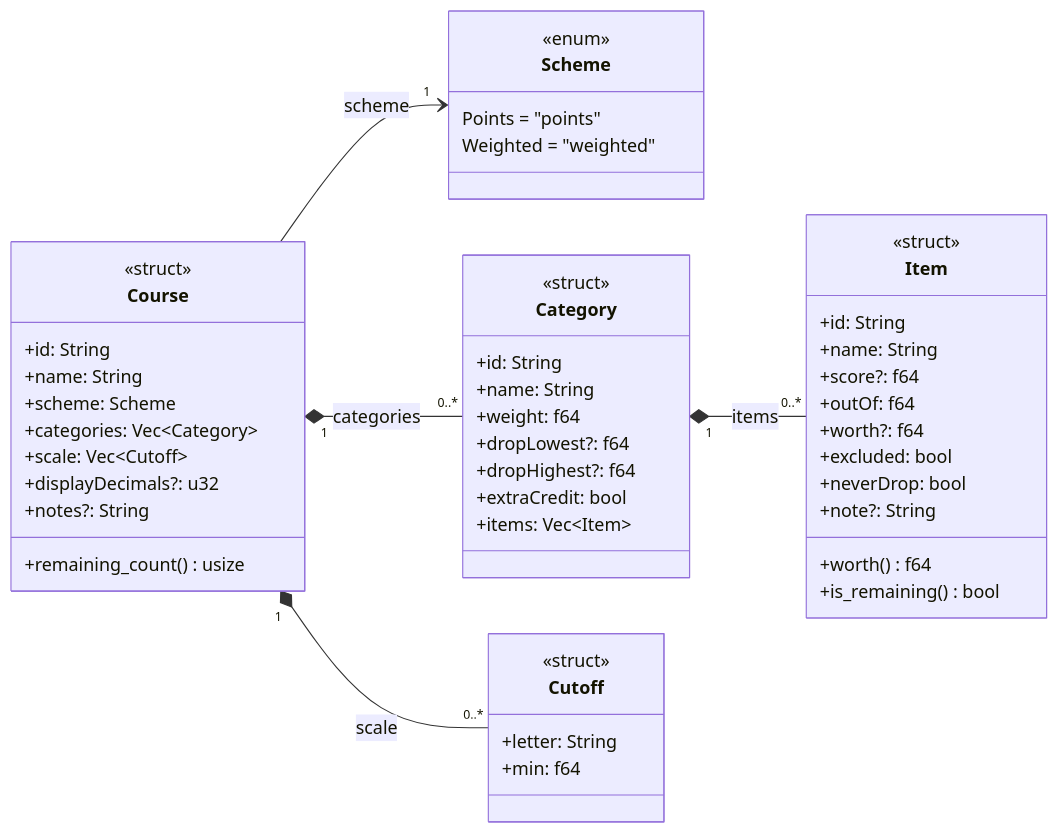
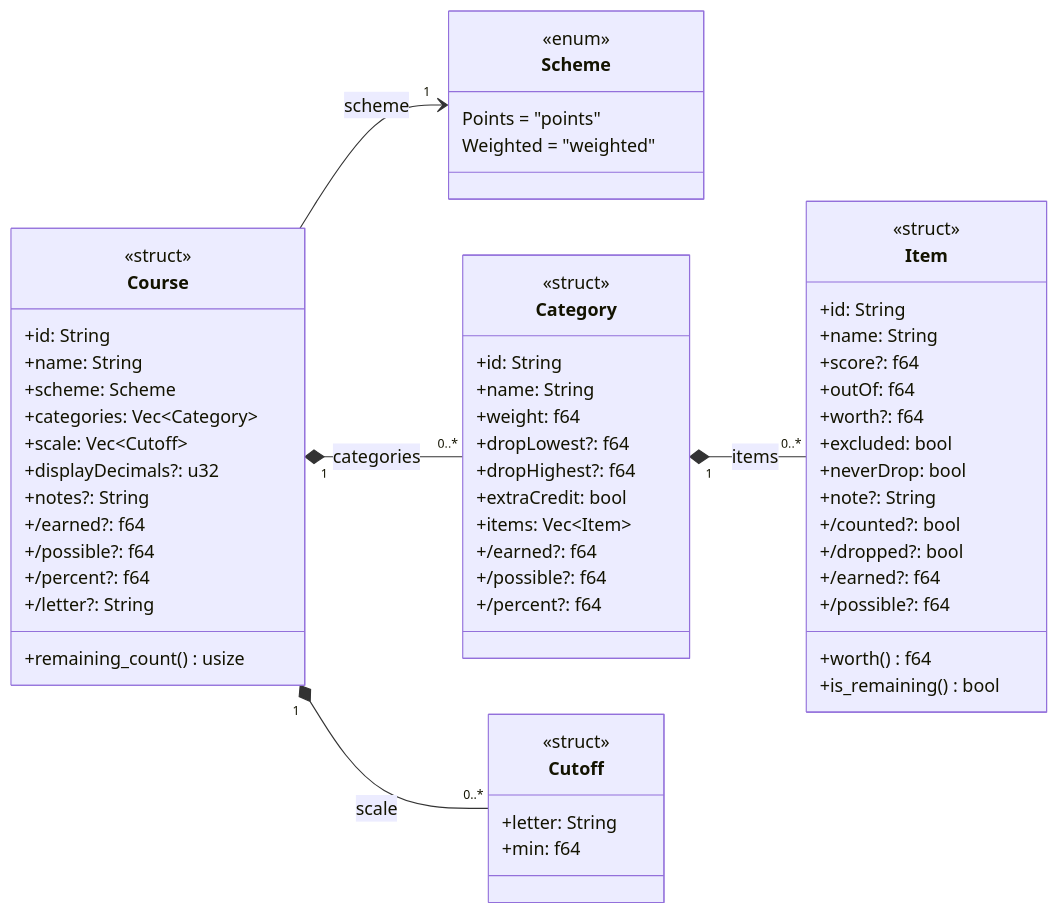
One commit to Patman1O1/grade-calculator changed the second of 8 diagrams in docs/uml.md. Above: the diagram before and after it, drawn with Mermaid. The commit also changed other lines of this file and 11 other files, not shown here.

````diff
--- a/docs/uml.md
+++ b/docs/uml.md
@@ -63,52 +64,63 @@
 ```mermaid
 classDiagram
   direction LR
   class Scheme {
     <<enum>>
     Points = "points"
     Weighted = "weighted"
   }
   class Course {
     <<struct>>
     +id: String
     +name: String
     +scheme: Scheme
     +categories: Vec~Category~
     +scale: Vec~Cutoff~
     +displayDecimals?: u32
     +notes?: String
+    +/earned?: f64
+    +/possible?: f64
+    +/percent?: f64
+    +/letter?: String
     +remaining_count() usize
   }
   class Category {
     <<struct>>
     +id: String
     +name: String
     +weight: f64
     +dropLowest?: f64
     +dropHighest?: f64
     +extraCredit: bool
     +items: Vec~Item~
+    +/earned?: f64
+    +/possible?: f64
+    +/percent?: f64
   }
   class Item {
     <<struct>>
     +id: String
     +name: String
     +score?: f64
     +outOf: f64
     +worth?: f64
     +excluded: bool
     +neverDrop: bool
     +note?: String
+    +/counted?: bool
+    +/dropped?: bool
+    +/earned?: f64
+    +/possible?: f64
     +worth() f64
     +is_remaining() bool
   }
   class Cutoff {
     <<struct>>
     +letter: String
     +min: f64
   }
   Course "1" *-- "0..*" Category : categories
   Category "1" *-- "0..*" Item : items
   Course "1" *-- "0..*" Cutoff : scale
   Course --> "1" Scheme : scheme
 ```
````
